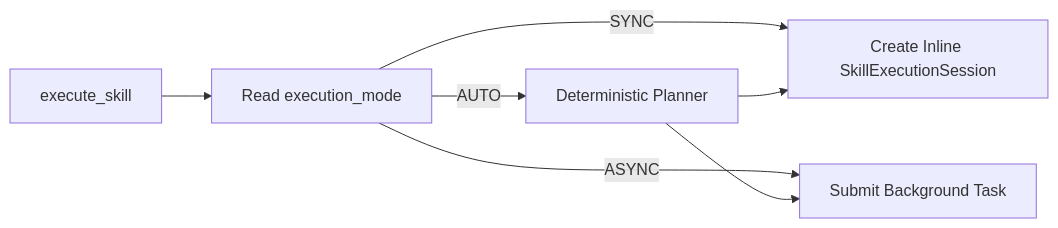
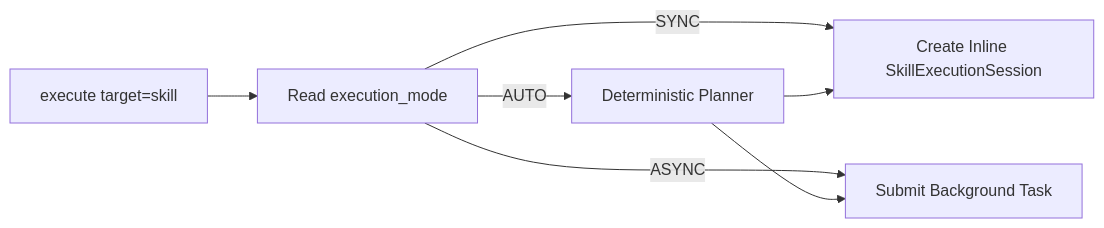
One commit to Michaelxwb/fluxion-harness changed the second of 5 diagrams in docs/06-Skill-SDK与Egress-Boundary详细设计.md. Above: the diagram before and after it, drawn with Mermaid. The commit also changed other lines of this file and 236 other files, not shown here.

First line of the commit message:
refactor(agent): unify execution contracts and refresh architecture docs

````diff
--- a/docs/06-Skill-SDK与Egress-Boundary详细设计.md
+++ b/docs/06-Skill-SDK与Egress-Boundary详细设计.md
@@ -173,9 +173,9 @@
 ```mermaid
 flowchart LR
-    E[execute_skill] --> P[Read execution_mode]
+    E[execute target=skill] --> P[Read execution_mode]
     P -->|SYNC| S[Create Inline SkillExecutionSession]
     P -->|ASYNC| B[Submit Background Task]
     P -->|AUTO| A[Deterministic Planner]
     A --> S
     A --> B
 ```
````
